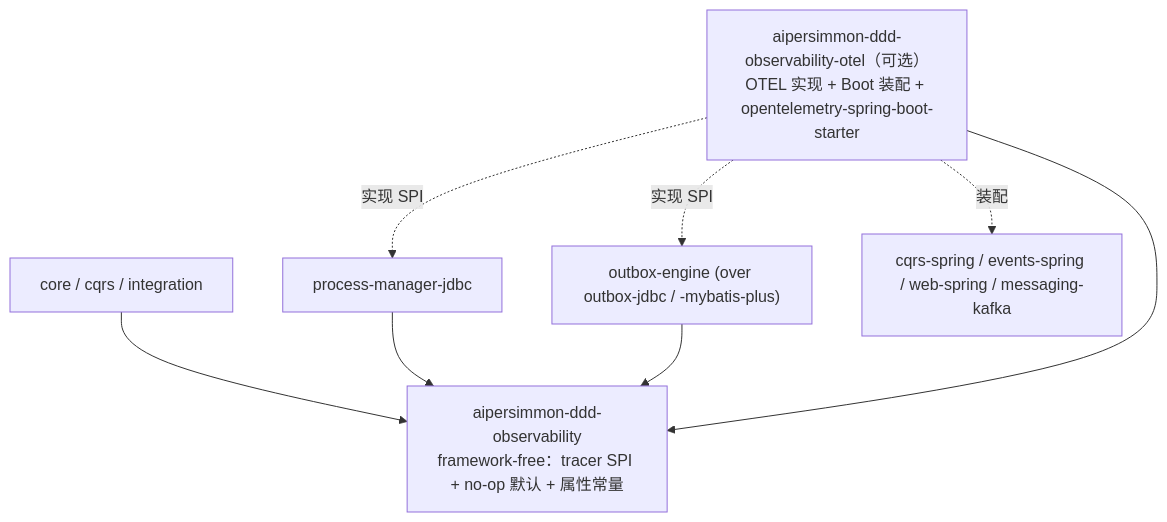
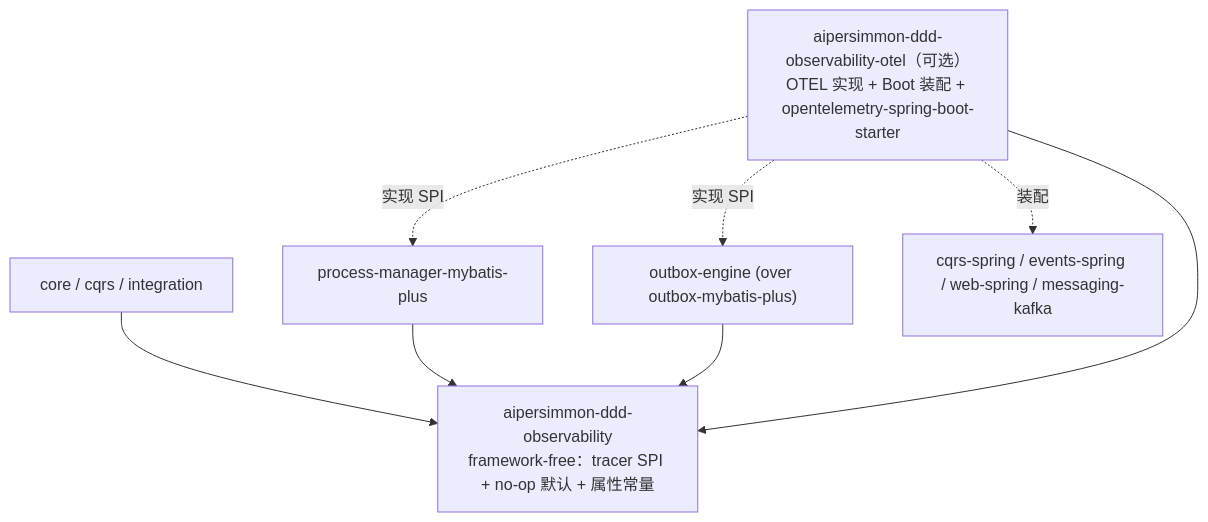
One commit to ryan-alexander-zhang/ai-native-project-template changed the fourth of 4 diagrams in docs/design/design-00005-observability-and-distributed-tracing.md. Above: the diagram before and after it, drawn with Mermaid. The commit also changed other lines of this file and 375 other files, not shown here.

````diff
--- a/docs/design/design-00005-observability-and-distributed-tracing.md
+++ b/docs/design/design-00005-observability-and-distributed-tracing.md
@@ -286,18 +286,18 @@
 ```mermaid
 flowchart TD
   obs["aipersimmon-ddd-observability<br/>framework-free：tracer SPI + no-op 默认 + 属性常量"]
   otel["aipersimmon-ddd-observability-otel（可选）<br/>OTEL 实现 + Boot 装配 + opentelemetry-spring-boot-starter"]
 
   core["core / cqrs / integration"]
-  pm["process-manager-jdbc"]
-  ob["outbox-engine (over outbox-jdbc / -mybatis-plus)"]
+  pm["process-manager-mybatis-plus"]
+  ob["outbox-engine (over outbox-mybatis-plus)"]
   cqrsSpring["cqrs-spring / events-spring / web-spring / messaging-kafka"]
 
   core --> obs
   pm --> obs
   ob --> obs
   otel --> obs
   otel -. 装配 .-> cqrsSpring
   otel -. 实现 SPI .-> pm
   otel -. 实现 SPI .-> ob
 ```
````
